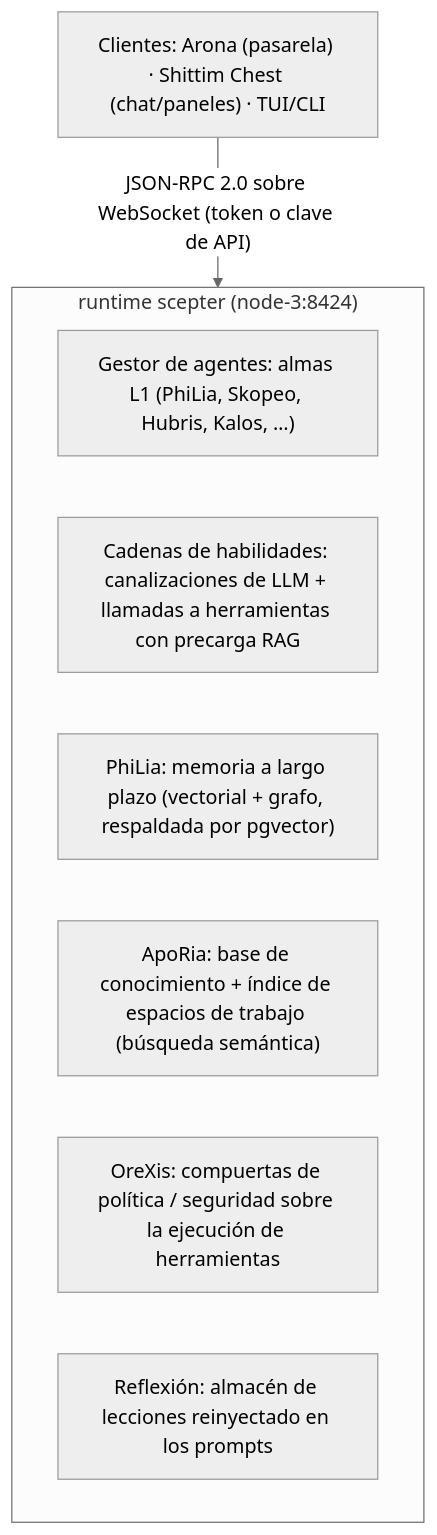
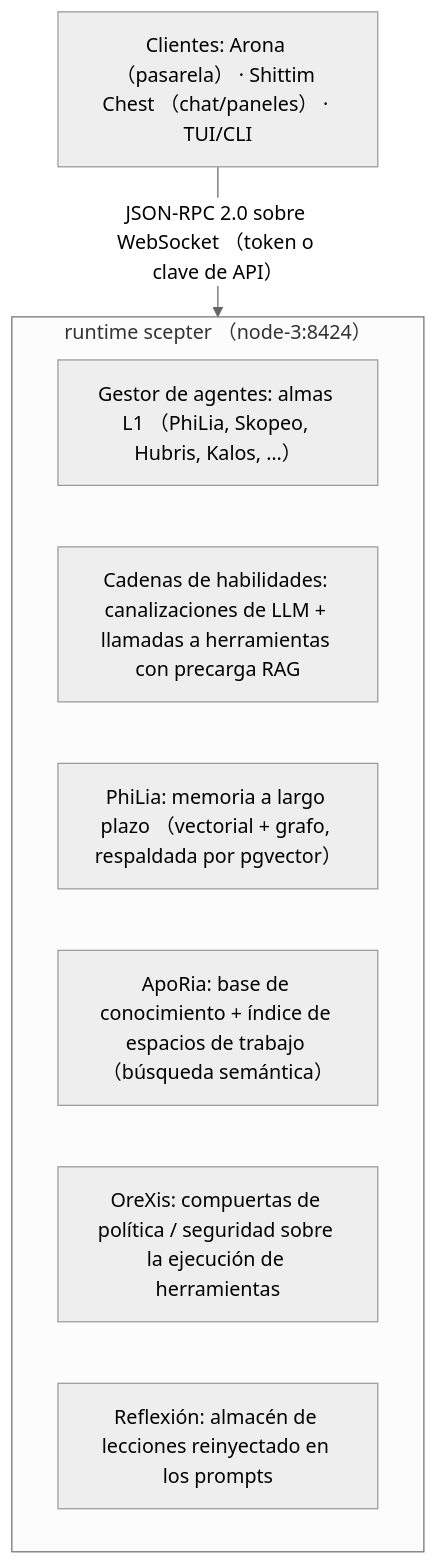
The diagram in docs/es/platforms/entelecheia.md (celestia-island/docs.celestia.world), drawn with Mermaid (neutral theme) before and after one commit. The commit also changed 35 other files, not shown here.

First line of the commit message:
📝 Convert ASCII parentheses in mermaid fences to fullwidth across languages. (#96)

````diff
--- a/docs/es/platforms/entelecheia.md
+++ b/docs/es/platforms/entelecheia.md
@@ -12,13 +12,13 @@
 ```mermaid
 flowchart TD
-    C["Clientes: Arona (pasarela) · Shittim Chest (chat/paneles) · TUI/CLI"]
-    subgraph G["runtime scepter (node-3:8424)"]
-        N0["Gestor de agentes: almas L1 (PhiLia, Skopeo, Hubris, Kalos, …)"]
+    C["Clientes: Arona （pasarela） · Shittim Chest （chat/paneles） · TUI/CLI"]
+    subgraph G["runtime scepter （node-3:8424）"]
+        N0["Gestor de agentes: almas L1 （PhiLia, Skopeo, Hubris, Kalos, …）"]
         N1["Cadenas de habilidades: canalizaciones de LLM + llamadas a herramientas con precarga RAG"]
-        N2["PhiLia: memoria a largo plazo (vectorial + grafo, respaldada por pgvector)"]
-        N3["ApoRia: base de conocimiento + índice de espacios de trabajo (búsqueda semántica)"]
+        N2["PhiLia: memoria a largo plazo （vectorial + grafo, respaldada por pgvector）"]
+        N3["ApoRia: base de conocimiento + índice de espacios de trabajo （búsqueda semántica）"]
         N4["OreXis: compuertas de política / seguridad sobre la ejecución de herramientas"]
         N5["Reflexión: almacén de lecciones reinyectado en los prompts"]
     end
-    C -->|"JSON-RPC 2.0 sobre WebSocket (token o clave de API)"| G
+    C -->|"JSON-RPC 2.0 sobre WebSocket （token o clave de API）"| G
 ```
````
